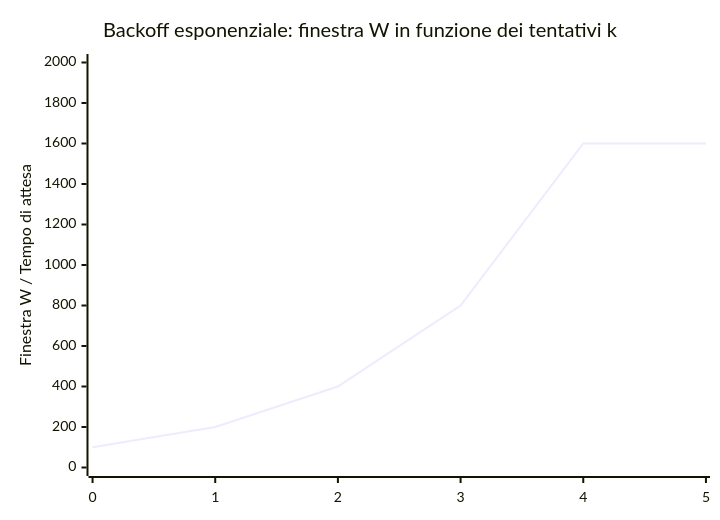
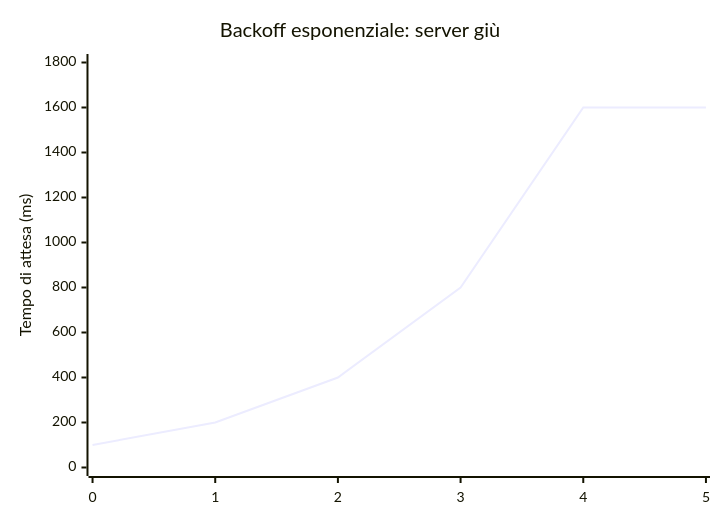
Before and after one commit to didattica/CodeCompendium: the first of 2 diagrams in 5-TPS/04-a-Backoff.md, drawn with Mermaid. The commit also changed other lines of this file, not shown here.

Commit message:
Refine introduction and backoff examples

`````diff
--- a/5-TPS/04-a-Backoff.md
+++ b/5-TPS/04-a-Backoff.md
@@ -91,7 +49,7 @@
 ```mermaid
-xychart-beta
-    title "Backoff esponenziale: finestra W in funzione dei tentativi k"
+xychart
+    title "Backoff esponenziale: server giù"
     x-axis ["0","1","2","3","4","5"]
-    y-axis "Finestra W / Tempo di attesa" 0 --> 2000
+    y-axis "Tempo di attesa (ms)" 0 --> 1800
     line [100,200,400,800,1600,1600]
 ````
`````
